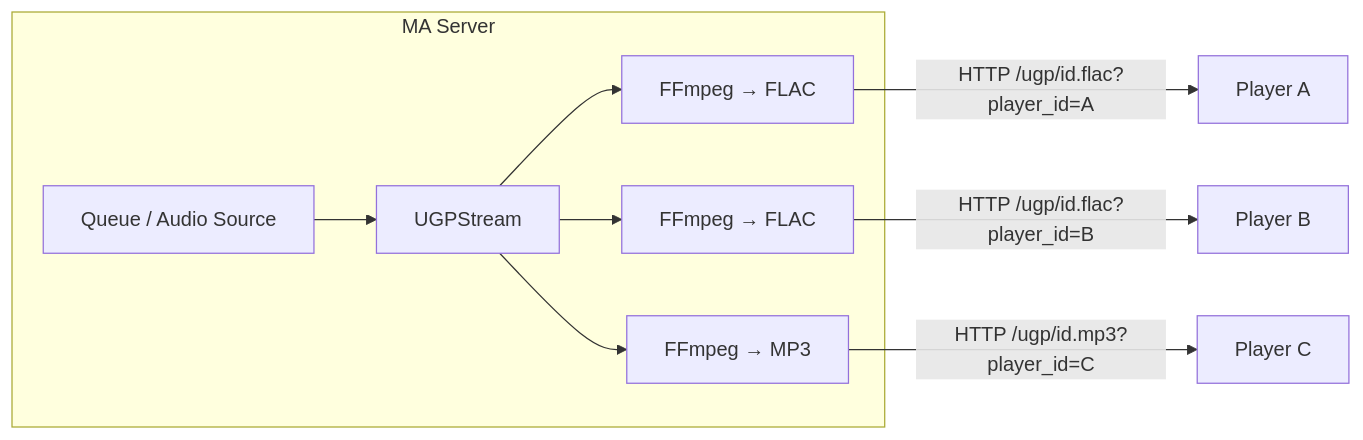
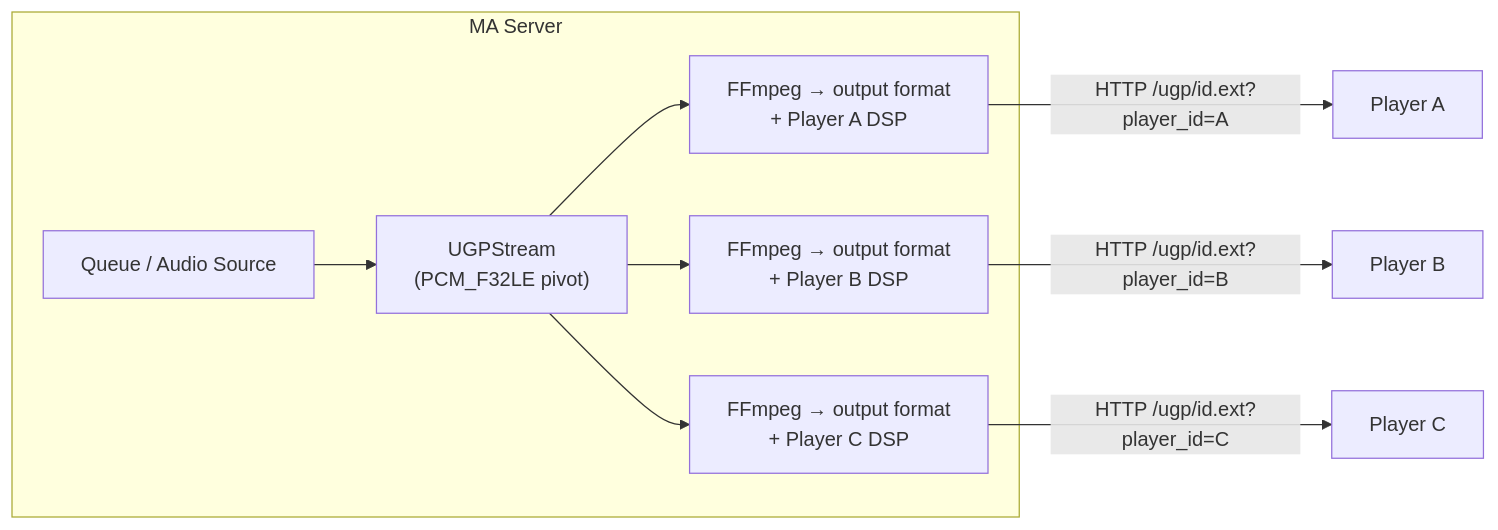
The second of 4 diagrams in docs/architecture/06-grouping.md (theturtle32/music-assistant-server), drawn with Mermaid before and after one commit. The commit also changed other lines of this file and 1 other file, not shown here.

First line of the commit message:
docs(architecture): session-based sync group lifecycle and AudioSource volume routing

````diff
--- a/docs/architecture/06-grouping.md
+++ b/docs/architecture/06-grouping.md
@@ -172,12 +270,12 @@
 ```mermaid
 flowchart LR
     subgraph "MA Server"
-        Q[Queue / Audio Source] --> S[UGPStream]
-        S --> F1[FFmpeg → FLAC]
-        S --> F2[FFmpeg → FLAC]
-        S --> F3[FFmpeg → MP3]
+        Q[Queue / Audio Source] --> S["UGPStream<br/>(PCM_F32LE pivot)"]
+        S --> F1["FFmpeg → output format<br/>+ Player A DSP"]
+        S --> F2["FFmpeg → output format<br/>+ Player B DSP"]
+        S --> F3["FFmpeg → output format<br/>+ Player C DSP"]
     end
-    F1 -->|HTTP /ugp/id.flac?player_id=A| PA[Player A]
-    F2 -->|HTTP /ugp/id.flac?player_id=B| PB[Player B]
-    F3 -->|HTTP /ugp/id.mp3?player_id=C| PC[Player C]
+    F1 -->|"HTTP /ugp/id.ext?player_id=A"| PA[Player A]
+    F2 -->|"HTTP /ugp/id.ext?player_id=B"| PB[Player B]
+    F3 -->|"HTTP /ugp/id.ext?player_id=C"| PC[Player C]
 ```
````
